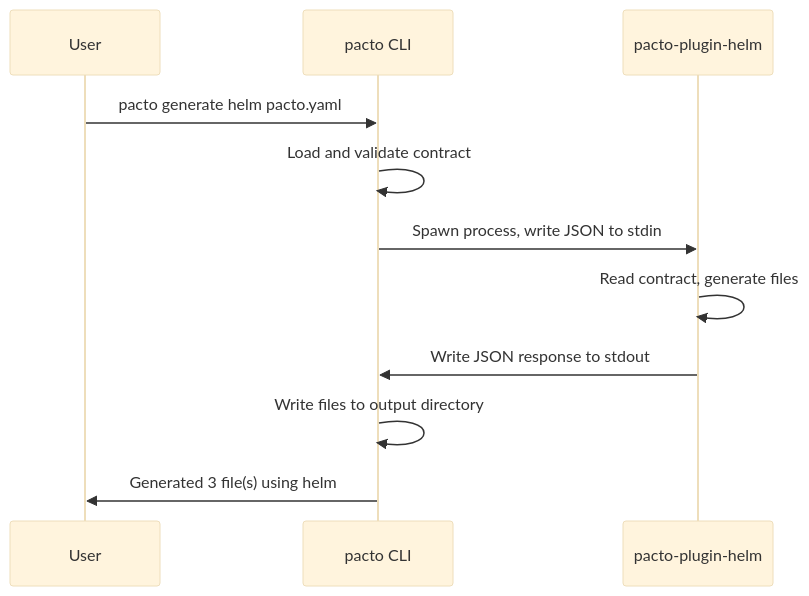
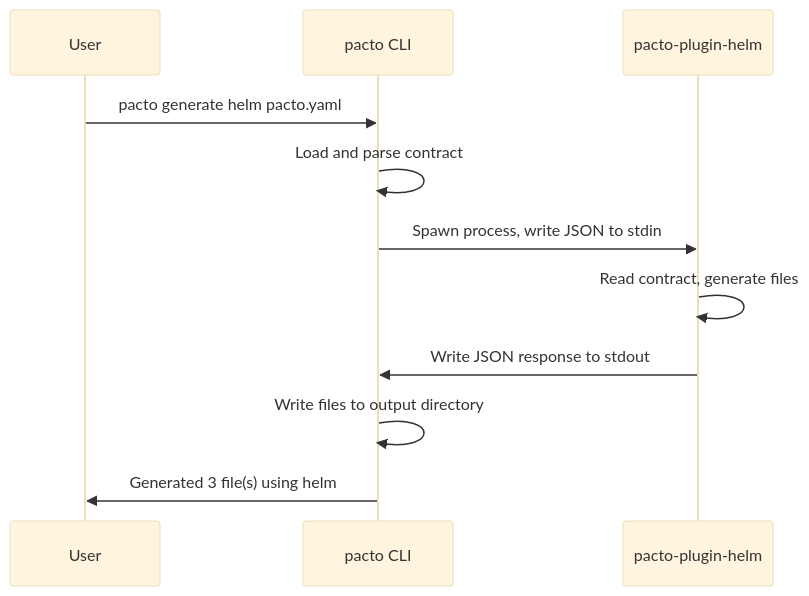
One commit to TrianaLab/pacto changed the diagram in docs/plugins.md. Above: the diagram before and after it, drawn with Mermaid (base theme). The commit also changed other lines of this file and 33 other files, not shown here.

````diff
--- a/docs/plugins.md
+++ b/docs/plugins.md
@@ -37,14 +41,14 @@
 ```mermaid
 sequenceDiagram
     participant User
     participant Pacto as pacto CLI
     participant Plugin as pacto-plugin-helm
 
     User->>Pacto: pacto generate helm pacto.yaml
-    Pacto->>Pacto: Load and validate contract
+    Pacto->>Pacto: Load and parse contract
     Pacto->>Plugin: Spawn process, write JSON to stdin
     Plugin->>Plugin: Read contract, generate files
     Plugin->>Pacto: Write JSON response to stdout
     Pacto->>Pacto: Write files to output directory
     Pacto->>User: Generated 3 file(s) using helm
 ```
````
